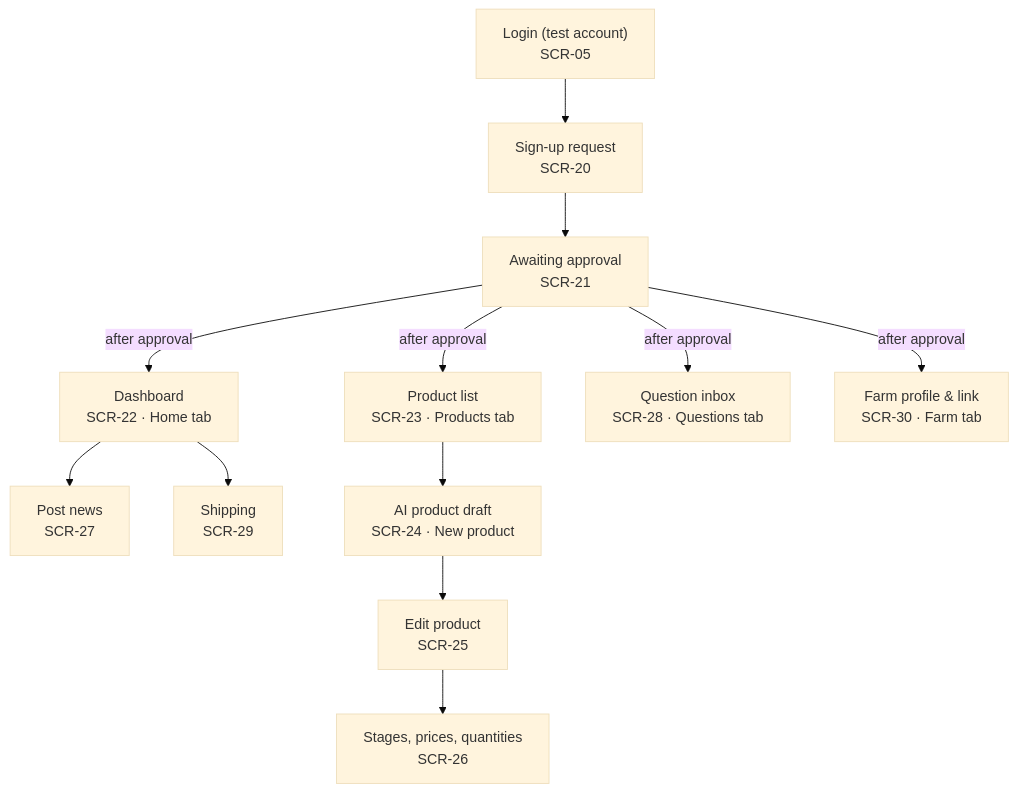
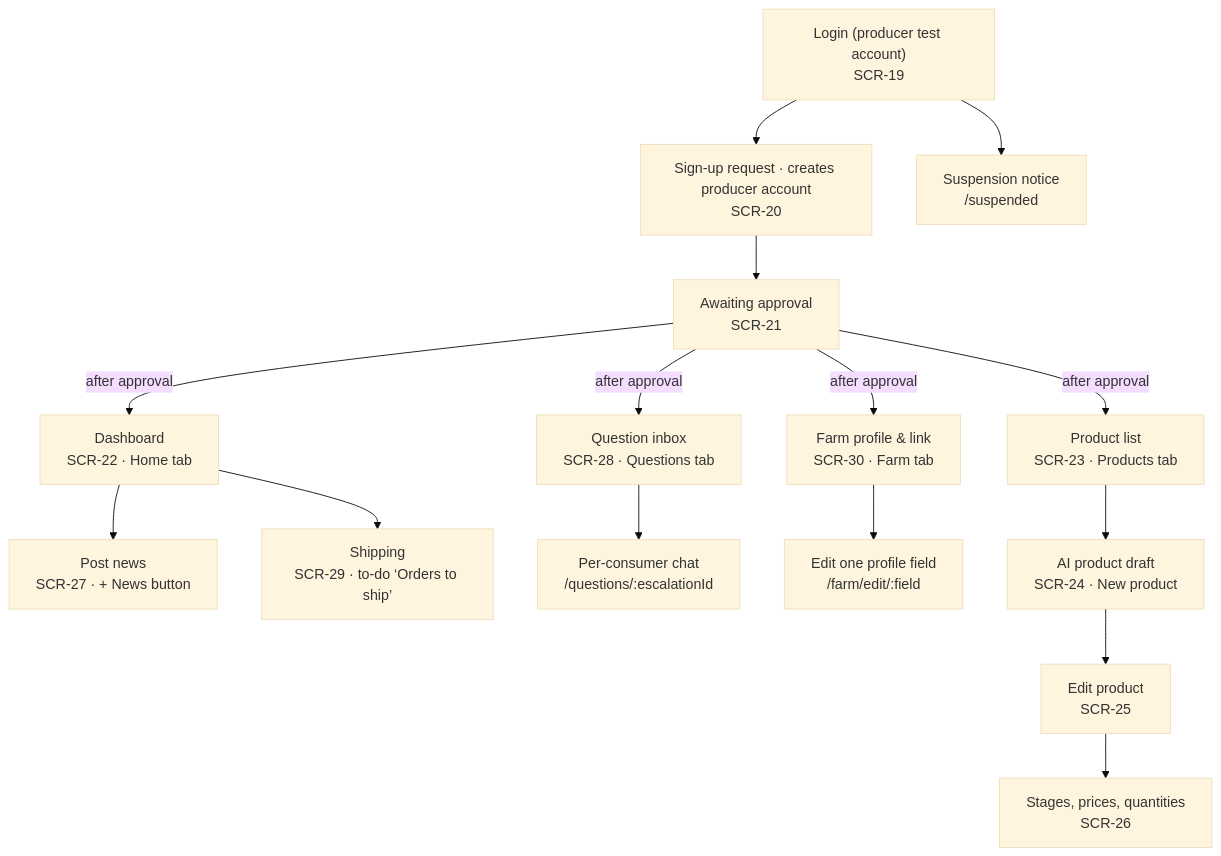
The second of 5 diagrams in docs/wiki/Design-Documentation.md (snuhcs-course/swpp-2026-project-team-06), drawn with Mermaid (base theme) before and after one commit. The commit also changed other lines of this file and 1 other file, not shown here.

````diff
--- a/docs/wiki/Design-Documentation.md
+++ b/docs/wiki/Design-Documentation.md
@@ -130,11 +146,14 @@
 ```mermaid
 flowchart TD
-  login["Login (test account)<br/>SCR-05"] --> apply["Sign-up request<br/>SCR-20"] --> pending["Awaiting approval<br/>SCR-21"]
+  login["Login (producer test account)<br/>SCR-19"] --> apply["Sign-up request · creates producer account<br/>SCR-20"] --> pending["Awaiting approval<br/>SCR-21"]
+  login --> suspended["Suspension notice<br/>/suspended"]
   pending -- after approval --> home["Dashboard<br/>SCR-22 · Home tab"]
   pending -- after approval --> products["Product list<br/>SCR-23 · Products tab"]
   pending -- after approval --> questions["Question inbox<br/>SCR-28 · Questions tab"]
   pending -- after approval --> farmtab["Farm profile & link<br/>SCR-30 · Farm tab"]
-  home --> broadcast["Post news<br/>SCR-27"]
-  home --> ship["Shipping<br/>SCR-29"]
+  home --> broadcast["Post news<br/>SCR-27 · + News button"]
+  home --> ship["Shipping<br/>SCR-29 · to-do ‘Orders to ship’"]
+  questions --> qchat["Per-consumer chat<br/>/questions/:escalationId"]
+  farmtab --> fedit["Edit one profile field<br/>/farm/edit/:field"]
   products --> draft["AI product draft<br/>SCR-24 · New product"] --> edit["Edit product<br/>SCR-25"] --> stages["Stages, prices, quantities<br/>SCR-26"]
 ```
````
